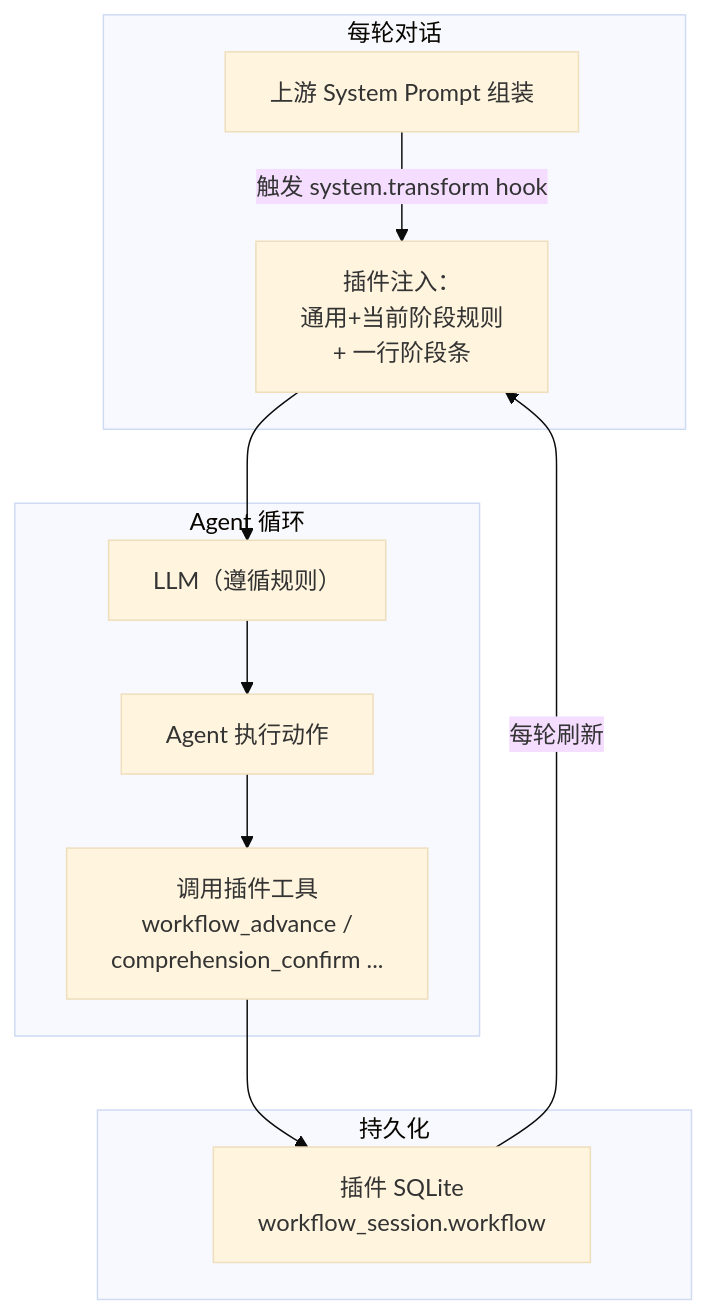
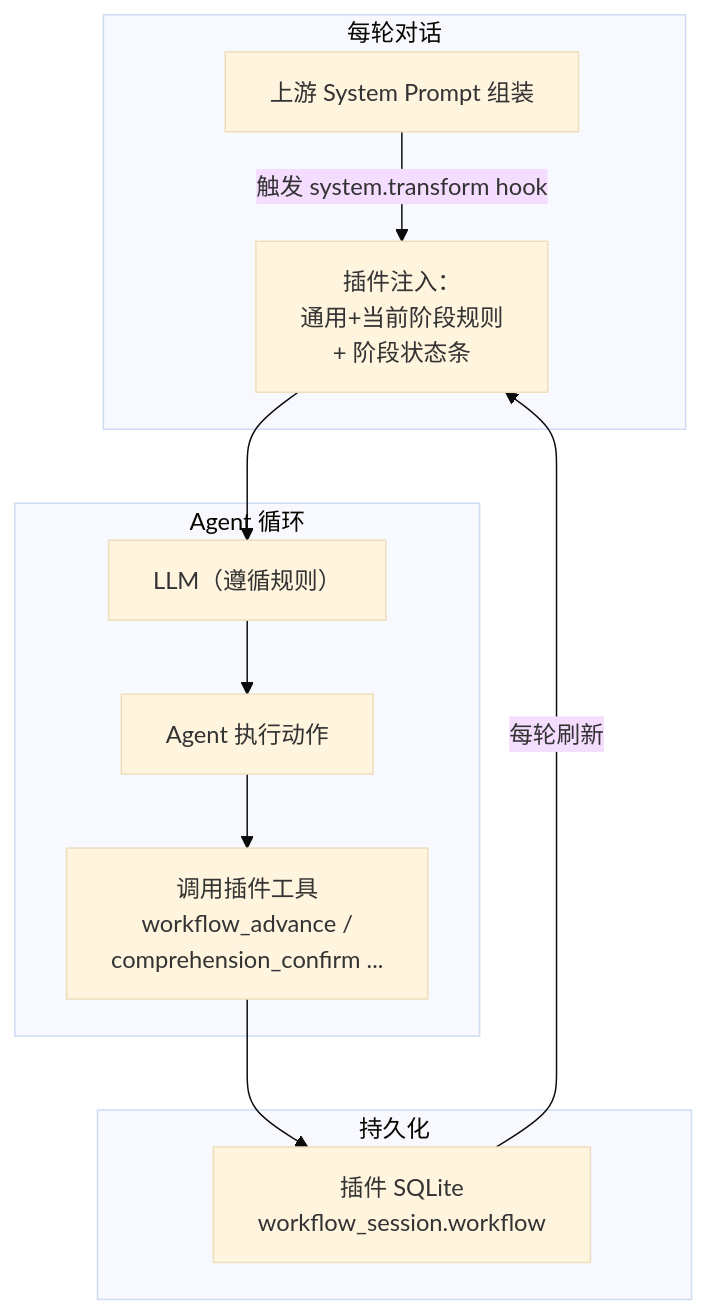
One commit to wonglaitung/opencode changed diagram 14 of 16 in opencode-session-mgmt/docs/session-management.md. Above: the diagram before and after it, drawn with Mermaid (base theme). The commit also changed other lines of this file and 2 other files, not shown here.

````diff
--- a/opencode-session-mgmt/docs/session-management.md
+++ b/opencode-session-mgmt/docs/session-management.md
@@ -1148,23 +1148,23 @@
 ```mermaid
 flowchart TD
     subgraph Turn["每轮对话"]
         SP["上游 System Prompt 组装"]
-        SP -->|"触发 system.transform hook"| RULES["插件注入：<br/>通用+当前阶段规则<br/>+ 一行阶段条"]
+        SP -->|"触发 system.transform hook"| RULES["插件注入：<br/>通用+当前阶段规则<br/>+ 阶段状态条"]
     end
 
     subgraph Agent["Agent 循环"]
         LLM["LLM（遵循规则）"]
         ACTION["Agent 执行动作"]
         WRITE["调用插件工具<br/>workflow_advance /<br/>comprehension_confirm ..."]
     end
 
     subgraph Storage["持久化"]
         DB["插件 SQLite<br/>workflow_session.workflow"]
     end
 
     RULES --> LLM
     LLM --> ACTION
     ACTION --> WRITE
     WRITE --> DB
     DB -->|"每轮刷新"| RULES
 ```
````
